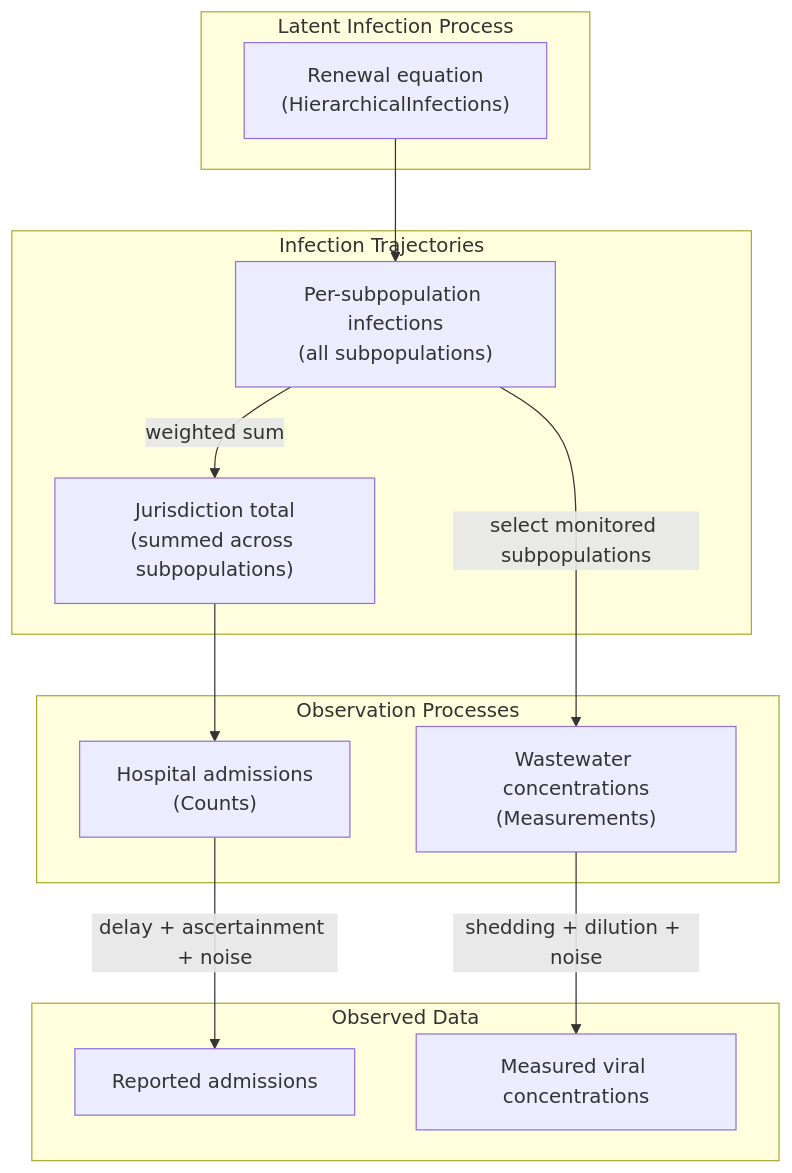
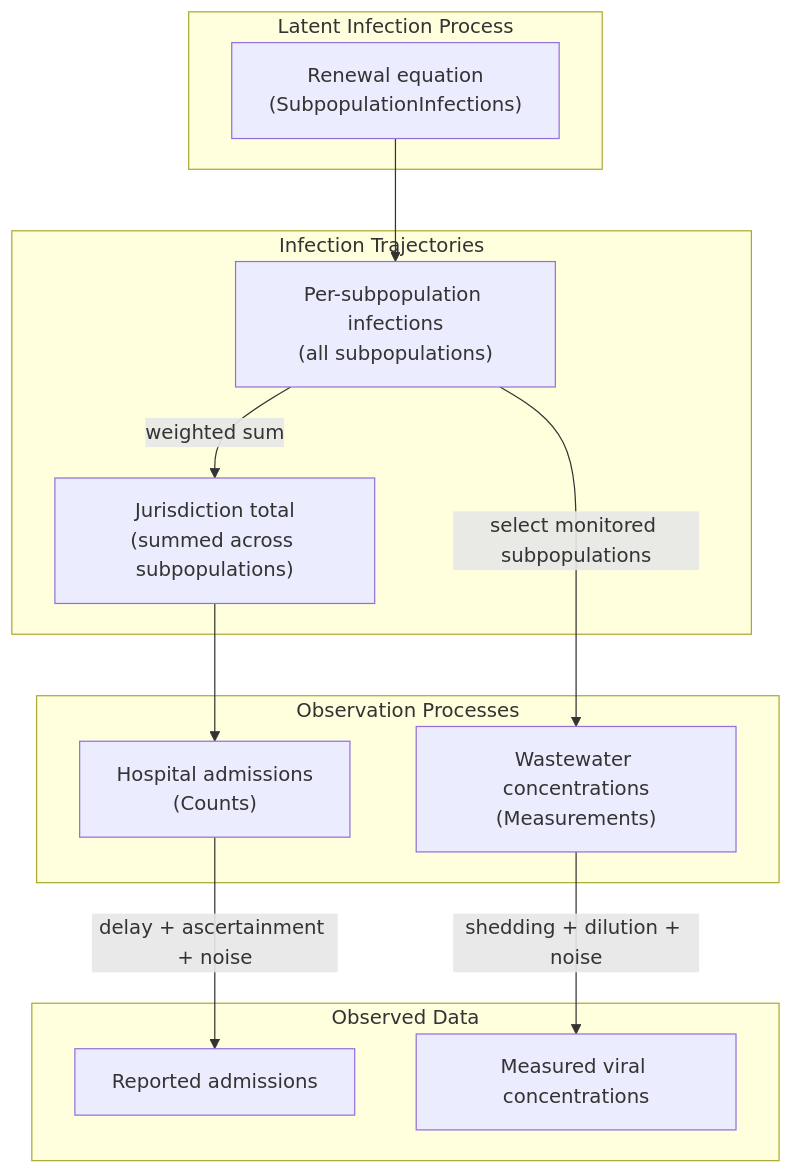
The diagram in docs/tutorials/building_multisignal_models.qmd (CDCgov/PyRenew), drawn with Mermaid before and after one commit. The commit also changed other lines of this file and 17 other files, not shown here.

````diff
--- a/docs/tutorials/building_multisignal_models.qmd
+++ b/docs/tutorials/building_multisignal_models.qmd
@@ -132,29 +132,29 @@
 ```mermaid
 flowchart TB
 
     subgraph Latent["Latent Infection Process"]
-        L["Renewal equation<br/>(HierarchicalInfections)"]
+        L["Renewal equation<br/>(SubpopulationInfections)"]
     end
 
     subgraph Infections["Infection Trajectories"]
         J["Jurisdiction total<br/>(summed across subpopulations)"]
         S["Per-subpopulation infections<br/>(all subpopulations)"]
     end
 
     subgraph Obs["Observation Processes"]
         C["Hospital admissions<br/>(Counts)"]
         W["Wastewater concentrations<br/>(Measurements)"]
     end
 
     subgraph Data["Observed Data"]
         HA["Reported admissions"]
         WW["Measured viral concentrations"]
     end
 
     L --> S
     S -->|"weighted sum"| J
     J --> C
     S -->|"select monitored subpopulations"| W
     C -->|"delay + ascertainment + noise"| HA
     W -->|"shedding + dilution + noise"| WW
 ```
````
